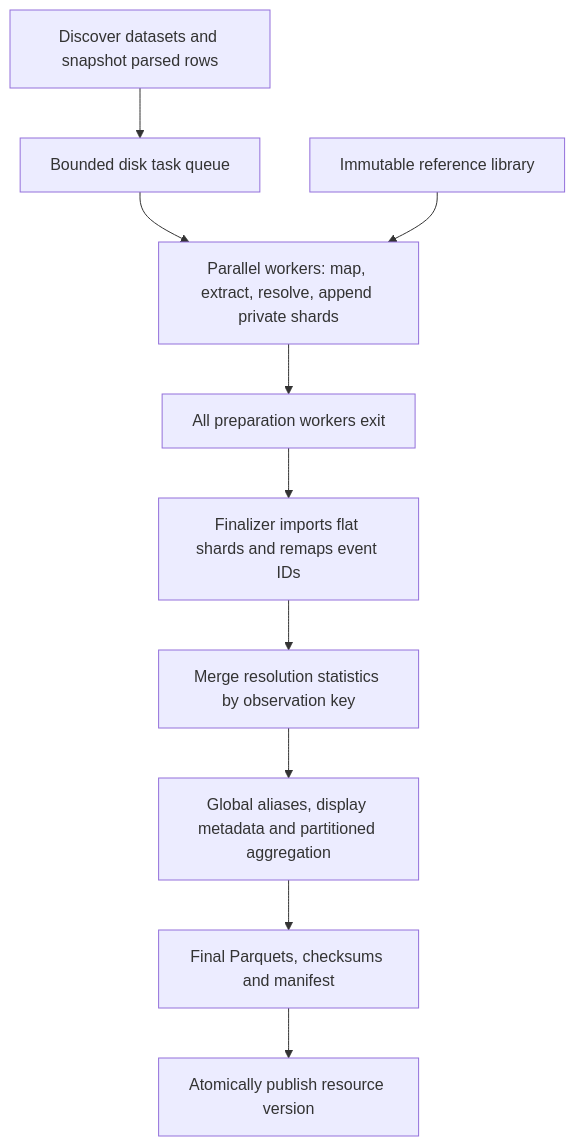
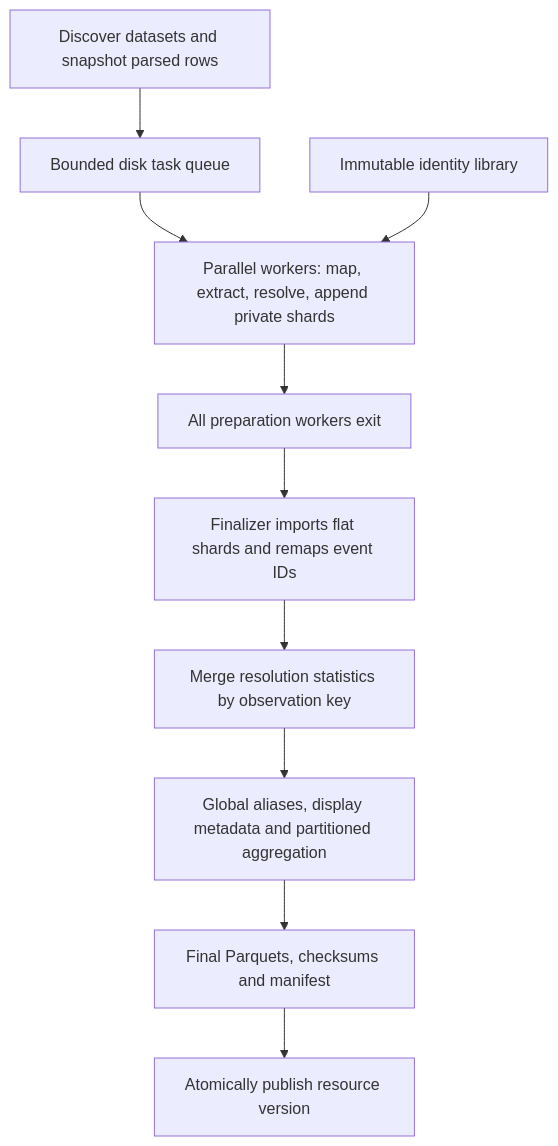
The diagram in packages/build/README.md (saezlab/omnipath-build), drawn with Mermaid before and after one commit. The commit also changed other lines of this file and 16 other files, not shown here.

````diff
--- a/packages/build/README.md
+++ b/packages/build/README.md
@@ -10,12 +10,12 @@
 ```mermaid
 flowchart TD
     A[Discover datasets and snapshot parsed rows] --> B[Bounded disk task queue]
     B --> C[Parallel workers: map, extract, resolve, append private shards]
-    L[Immutable reference library] --> C
+    L[Immutable identity library] --> C
     C --> D[All preparation workers exit]
     D --> E[Finalizer imports flat shards and remaps event IDs]
     E --> F[Merge resolution statistics by observation key]
     F --> G[Global aliases, display metadata and partitioned aggregation]
     G --> H[Final Parquets, checksums and manifest]
     H --> I[Atomically publish resource version]
 ```
````
